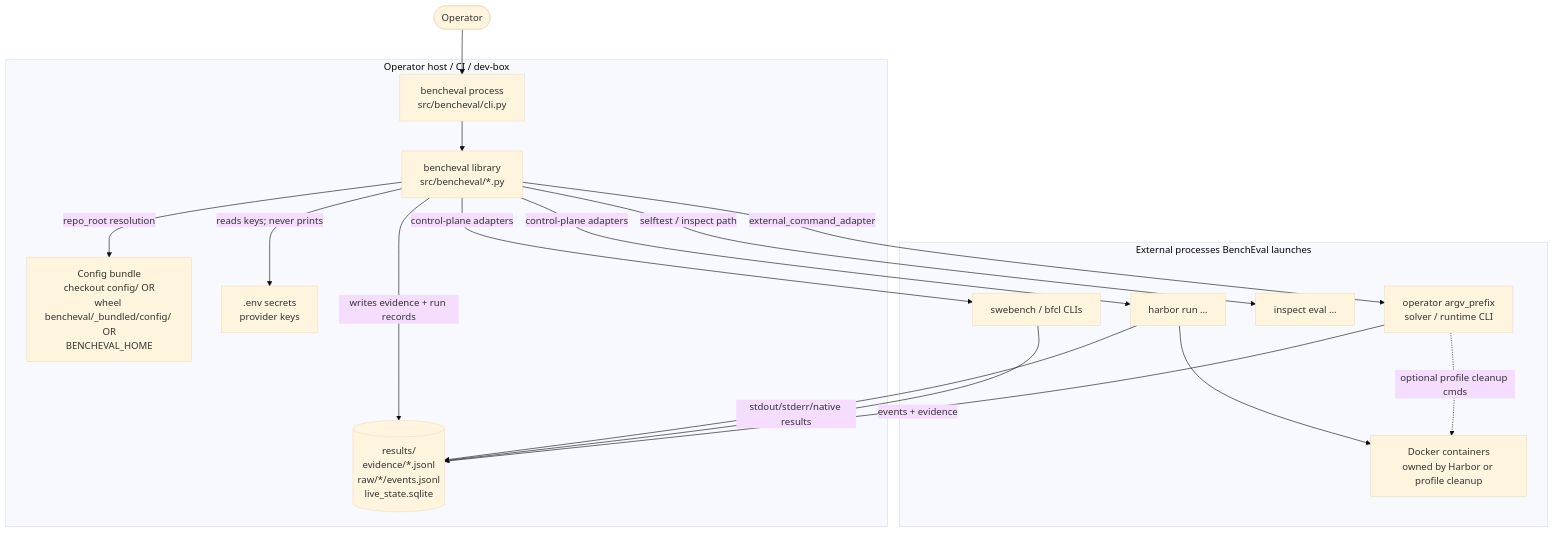
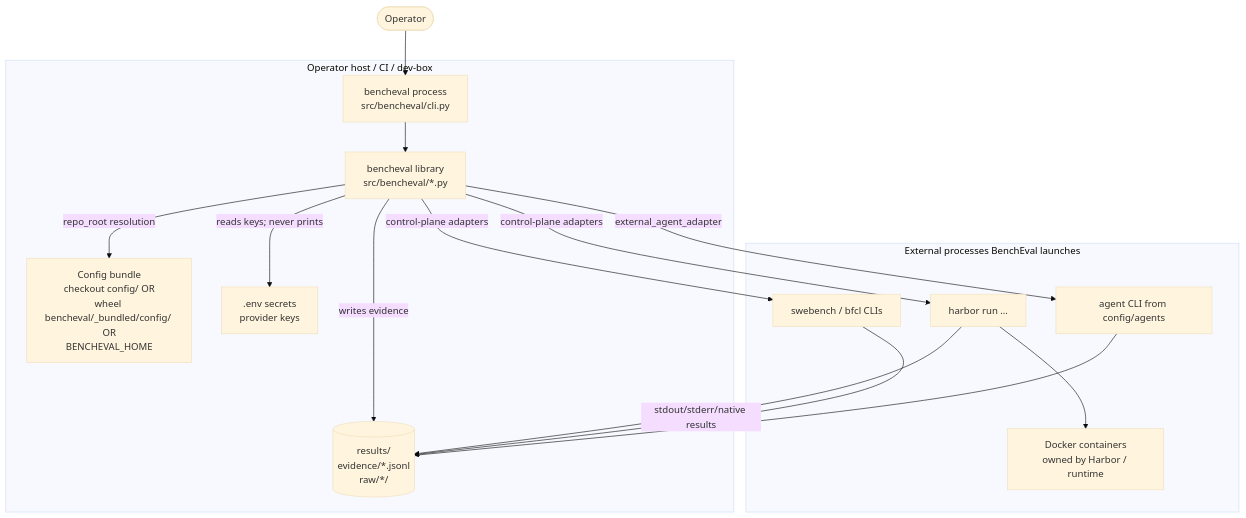
One commit to Lyther/BenchEval changed the diagram in docs/diagrams/containers.md. Above: the diagram before and after it, drawn with Mermaid (base theme). The commit also changed other lines of this file and 323 other files, not shown here.

````diff
--- a/docs/diagrams/containers.md
+++ b/docs/diagrams/containers.md
@@ -5,35 +5,32 @@
 ```mermaid
 flowchart TB
     Op([Operator])
 
     subgraph Host["Operator host / CI / dev-box"]
         CLI["bencheval process<br/>src/bencheval/cli.py"]
         Lib["bencheval library<br/>src/bencheval/*.py"]
         Cfg["Config bundle<br/>checkout config/ OR<br/>wheel bencheval/_bundled/config/ OR<br/>BENCHEVAL_HOME"]
-        Res[(results/<br/>evidence/*.jsonl<br/>raw/*/events.jsonl<br/>live_state.sqlite)]
+        Res[(results/<br/>evidence/*.jsonl<br/>raw/*/)]
         Env[".env secrets<br/>provider keys"]
     end
 
     subgraph ExternalProcs["External processes BenchEval launches"]
         HarborProc["harbor run …"]
         NativeProc["swebench / bfcl CLIs"]
-        InspectProc["inspect eval …"]
-        ExtProc["operator argv_prefix<br/>solver / runtime CLI"]
-        Docker["Docker containers<br/>owned by Harbor or profile cleanup"]
+        AgentProc["agent CLI from config/agents"]
+        Docker["Docker containers<br/>owned by Harbor / runtime"]
     end
 
     Op --> CLI
     CLI --> Lib
     Lib -->|repo_root resolution| Cfg
     Lib -->|reads keys; never prints| Env
-    Lib -->|writes evidence + run records| Res
+    Lib -->|writes evidence| Res
     Lib -->|control-plane adapters| HarborProc
     Lib -->|control-plane adapters| NativeProc
-    Lib -->|selftest / inspect path| InspectProc
-    Lib -->|external_command_adapter| ExtProc
+    Lib -->|external_agent_adapter| AgentProc
     HarborProc --> Docker
-    ExtProc -.->|optional profile cleanup cmds| Docker
     HarborProc -->|stdout/stderr/native results| Res
     NativeProc --> Res
-    ExtProc -->|events + evidence| Res
+    AgentProc --> Res
 ```
````
